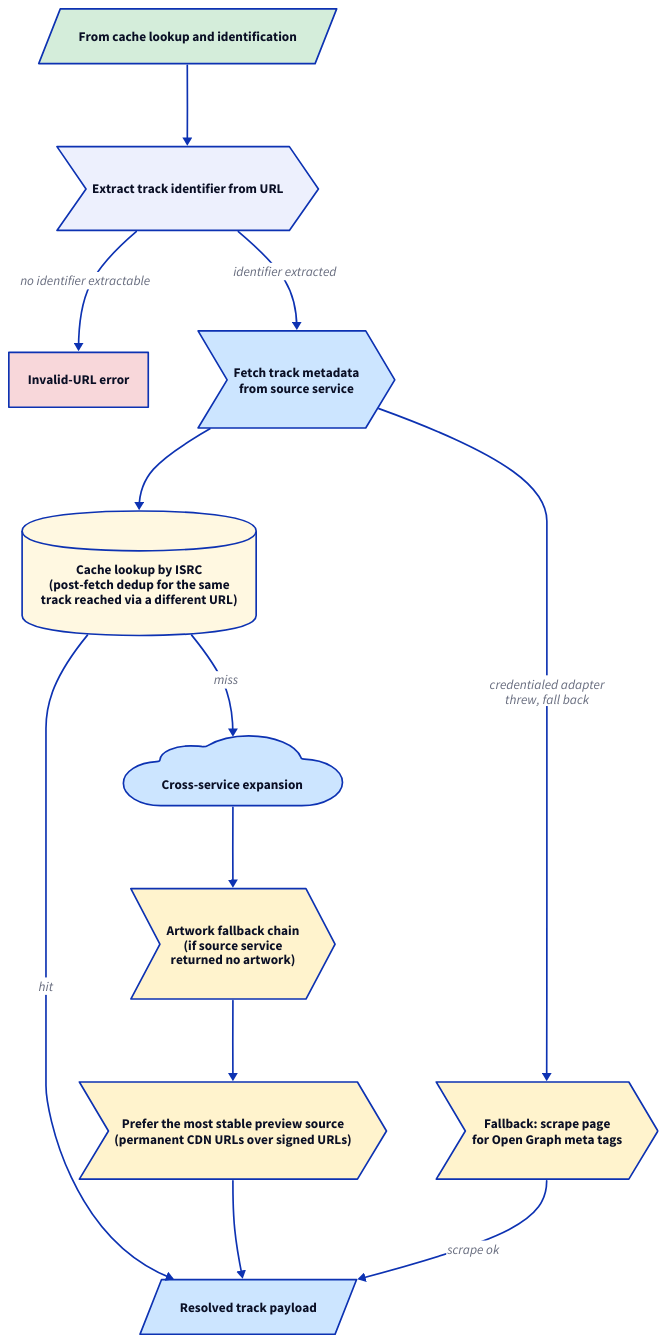
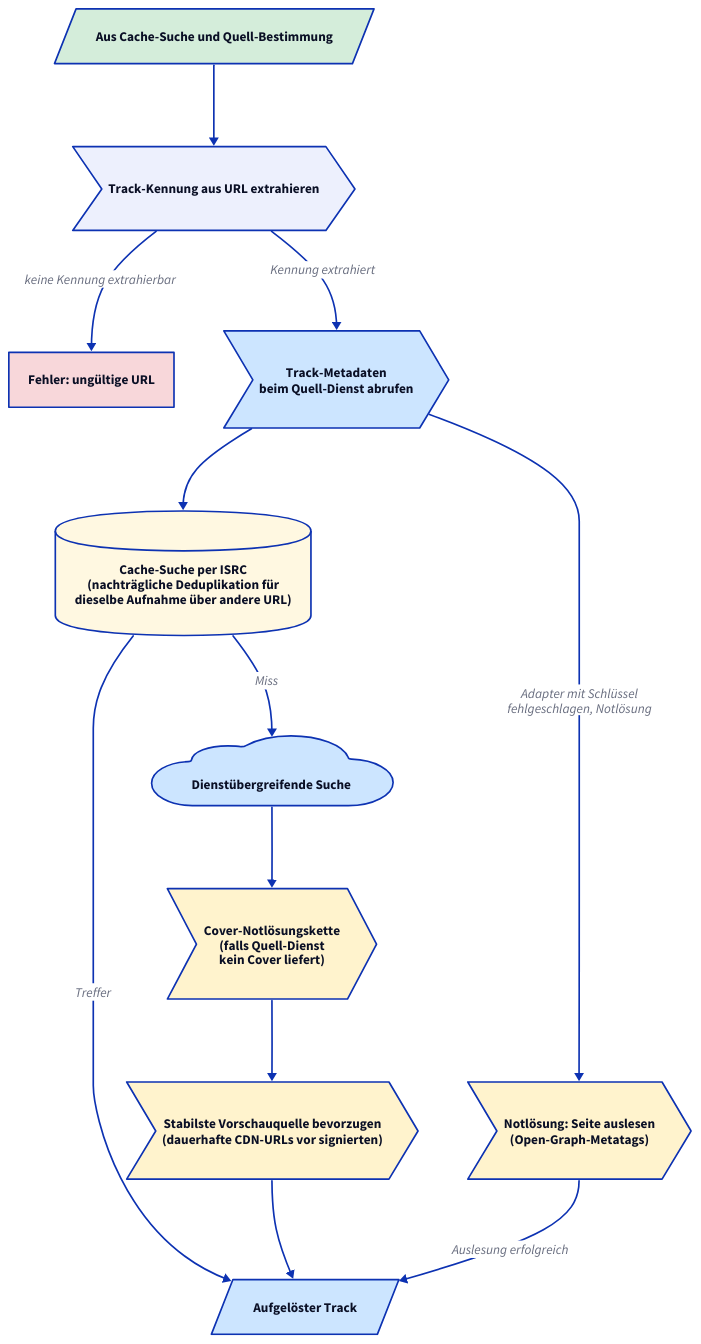
Before and after one commit to phranck/musiccloud: the diagram in docs/resolve-flow/diagrams/01b-url-fetch.d2, drawn with D2. The commit also changed 29 other files, not shown here.

First line of the commit message:
Docs: Translate resolve-flow diagrams to German

```diff
--- a/docs/resolve-flow/diagrams/01b-url-fetch.d2
+++ b/docs/resolve-flow/diagrams/01b-url-fetch.d2
@@ -1,68 +1,68 @@
-# URL flow, part 2: metadata fetch, cross-service expansion, finalisation.
+# URL-Pfad, Teil 2: Metadaten-Abruf, dienstübergreifende Suche, Abschluss.
 
 direction: down
 
-start: "From cache lookup and identification" {
+start: "Aus Cache-Suche und Quell-Bestimmung" {
   shape: parallelogram
   style.fill: "#d4edda"
 }
 
-extract: "Extract track identifier from URL" {
+extract: "Track-Kennung aus URL extrahieren" {
   shape: step
 }
 
-err_invalid: "Invalid-URL error" {
+err_invalid: "Fehler: ungültige URL" {
   shape: rectangle
   style.fill: "#f8d7da"
 }
 
 start -> extract
-extract -> err_invalid: "no identifier extractable"
+extract -> err_invalid: "keine Kennung extrahierbar"
 
-fetch: "Fetch track metadata\nfrom source service" {
+fetch: "Track-Metadaten\nbeim Quell-Dienst abrufen" {
   shape: step
   style.fill: "#cce5ff"
 }
 
-scrape: "Fallback: scrape page\nfor Open Graph meta tags" {
+scrape: "Notlösung: Seite auslesen\n(Open-Graph-Metatags)" {
   shape: step
   style.fill: "#fff3cd"
 }
 
-extract -> fetch: "identifier extracted"
-fetch -> scrape: "credentialed adapter\nthrew, fall back"
+extract -> fetch: "Kennung extrahiert"
+fetch -> scrape: "Adapter mit Schlüssel\nfehlgeschlagen, Notlösung"
 
-cache_isrc: "Cache lookup by ISRC\n(post-fetch dedup for the same\ntrack reached via a different URL)" {
+cache_isrc: "Cache-Suche per ISRC\n(nachträgliche Deduplikation für\ndieselbe Aufnahme über andere URL)" {
   shape: cylinder
   style.fill: "#fff8e1"
 }
 
-cross: "Cross-service expansion" {
+cross: "Dienstübergreifende Suche" {
   shape: cloud
   style.fill: "#cce5ff"
 }
 
 fetch -> cache_isrc
-cache_isrc -> cross: "miss"
+cache_isrc -> cross: "Miss"
 
-enrich_artwork: "Artwork fallback chain\n(if source service\nreturned no artwork)" {
+enrich_artwork: "Cover-Notlösungskette\n(falls Quell-Dienst\nkein Cover liefert)" {
   shape: step
   style.fill: "#fff3cd"
 }
 
-prefer_stable: "Prefer the most stable preview source\n(permanent CDN URLs over signed URLs)" {
+prefer_stable: "Stabilste Vorschauquelle bevorzugen\n(dauerhafte CDN-URLs vor signierten)" {
   shape: step
   style.fill: "#fff3cd"
 }
 
 cross -> enrich_artwork
 enrich_artwork -> prefer_stable
 
-result: "Resolved track payload" {
+result: "Aufgelöster Track" {
   shape: parallelogram
   style.fill: "#cce5ff"
 }
 
-cache_isrc -> result: "hit"
+cache_isrc -> result: "Treffer"
 prefer_stable -> result
-scrape -> result: "scrape ok"
+scrape -> result: "Auslesung erfolgreich"
```
